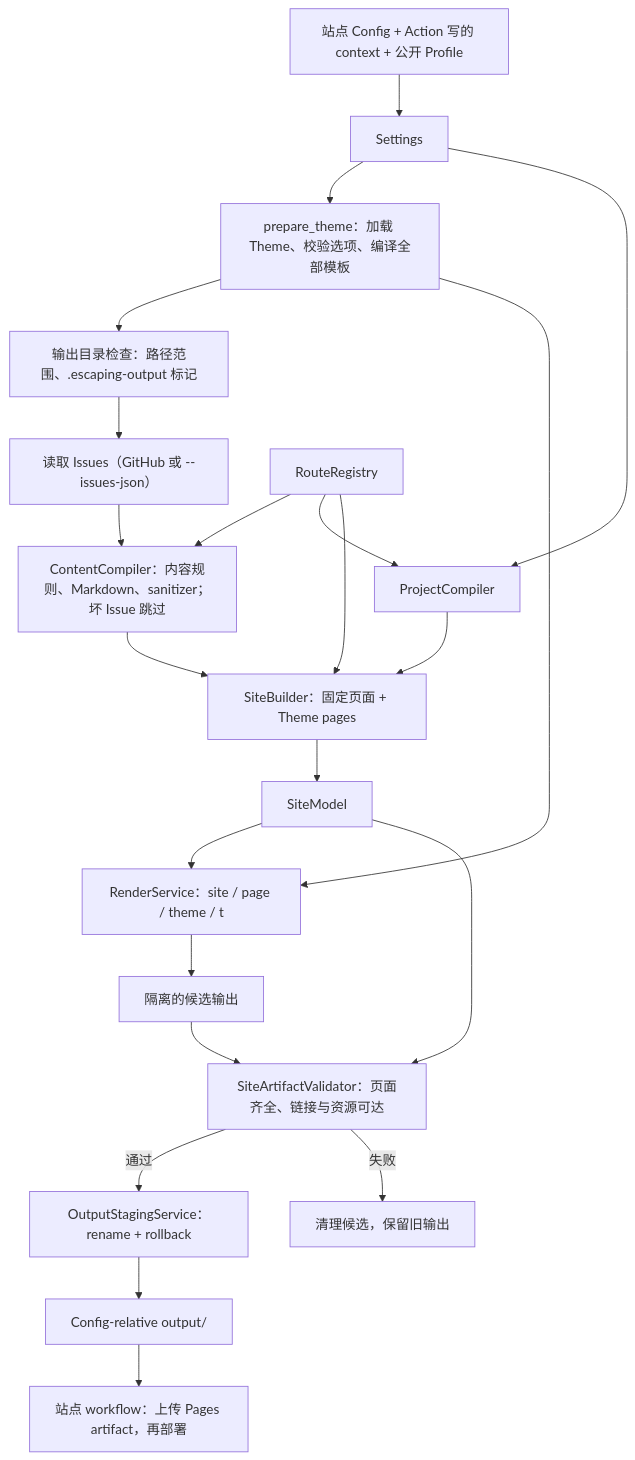
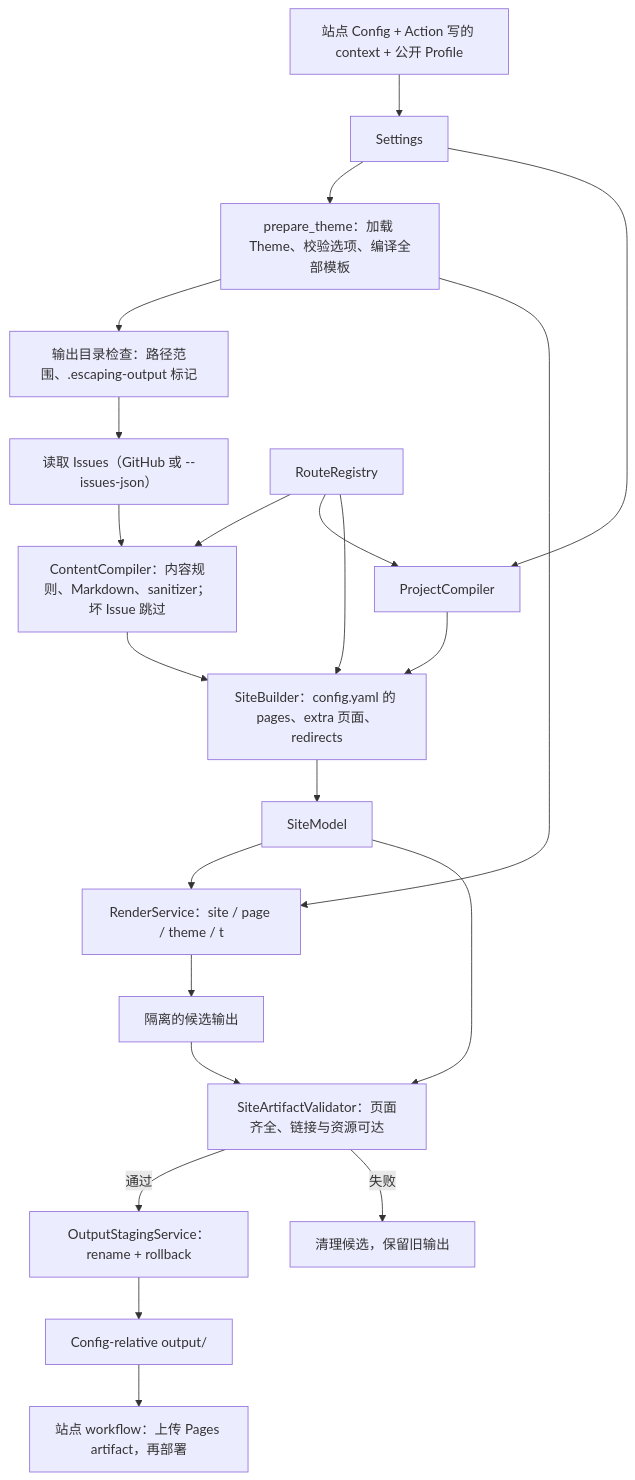
One commit to geoqiao/escaping changed the diagram in docs/dual-repo-architecture.md. Above: the diagram before and after it, drawn with Mermaid. The commit also changed other lines of this file and 17 other files, not shown here.

First line of the commit message:
docs: Theme API 4, pages, redirects, sites under a path; version 0.3.0

````diff
--- a/docs/dual-repo-architecture.md
+++ b/docs/dual-repo-architecture.md
@@ -26,24 +26,24 @@
 ```mermaid
 flowchart TD
     Inputs["站点 Config + Action 写的 context + 公开 Profile"] --> Settings
     Settings --> Prepare["prepare_theme：加载 Theme、校验选项、编译全部模板"]
     Prepare --> Safety["输出目录检查：路径范围、.escaping-output 标记"]
     Safety --> Fetch["读取 Issues（GitHub 或 --issues-json）"]
     Fetch --> ContentCompiler["ContentCompiler：内容规则、Markdown、sanitizer；坏 Issue 跳过"]
     Settings --> ProjectCompiler
     RouteRegistry --> ContentCompiler
     RouteRegistry --> ProjectCompiler
     RouteRegistry --> SiteBuilder
-    ContentCompiler --> SiteBuilder["SiteBuilder：固定页面 + Theme pages"]
+    ContentCompiler --> SiteBuilder["SiteBuilder：config.yaml 的 pages、extra 页面、redirects"]
     ProjectCompiler --> SiteBuilder
     SiteBuilder --> SiteModel
     SiteModel --> RenderService["RenderService：site / page / theme / t"]
     Prepare --> RenderService
     RenderService --> Staging["隔离的候选输出"]
     Staging --> Validator["SiteArtifactValidator：页面齐全、链接与资源可达"]
     SiteModel --> Validator
     Validator -->|通过| Publication["OutputStagingService：rename + rollback"]
     Validator -->|失败| Stop["清理候选，保留旧输出"]
     Publication --> Output["Config-relative output/"]
     Output --> Orchestrator["站点 workflow：上传 Pages artifact，再部署"]
 ```
````
